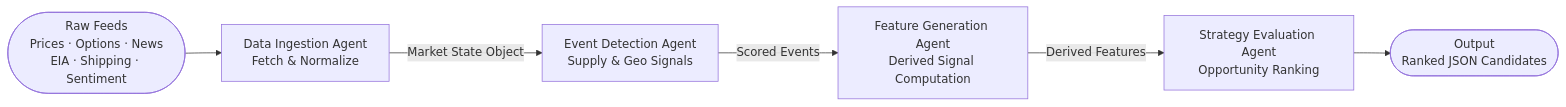
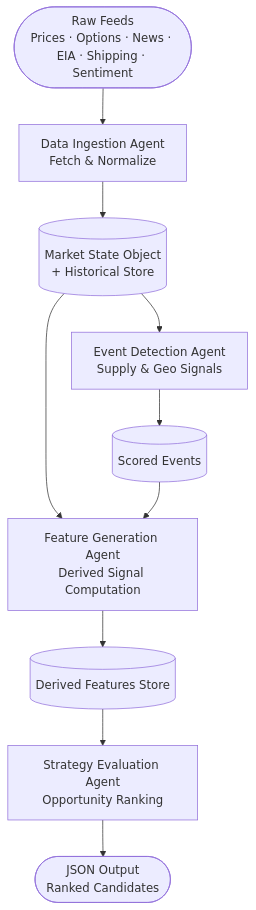
The diagram in docs/generated/user_guide_full-pipeline.md (jeisenback/golden_boy_peanuts), drawn with Mermaid before and after one commit. The commit also changed other lines of this file, not shown here.

````diff
--- a/docs/generated/user_guide_full-pipeline.md
+++ b/docs/generated/user_guide_full-pipeline.md
@@ -25,15 +50,22 @@
 ```mermaid
-flowchart LR
-    A([Raw Feeds\nPrices · Options · News\nEIA · Shipping · Sentiment])
+flowchart TD
+    A([Raw Feeds\nPrices · Options · News · EIA · Shipping · Sentiment])
     B[Data Ingestion Agent\nFetch & Normalize]
-    C[Event Detection Agent\nSupply & Geo Signals]
-    D[Feature Generation Agent\nDerived Signal Computation]
-    E[Strategy Evaluation Agent\nOpportunity Ranking]
-    F([Output\nRanked JSON Candidates])
+    C[(Market State Object\n+ Historical Store)]
+    D[Event Detection Agent\nSupply & Geo Signals]
+    E[(Scored Events)]
+    F[Feature Generation Agent\nDerived Signal Computation]
+    G[(Derived Features Store)]
+    H[Strategy Evaluation Agent\nOpportunity Ranking]
+    I([JSON Output\nRanked Candidates])
 
     A --> B
-    B -->|Market State Object| C
-    C -->|Scored Events| D
-    D -->|Derived Features| E
+    B --> C
+    C --> D
+    D --> E
+    C --> F
     E --> F
+    F --> G
+    G --> H
+    H --> I
 ```
````
